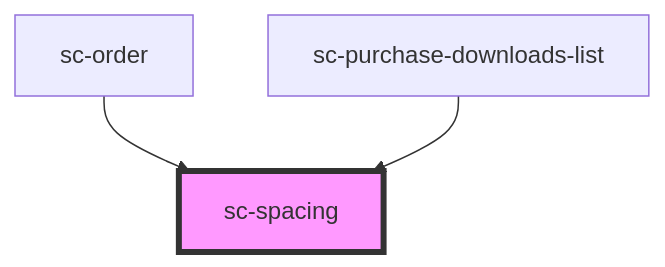
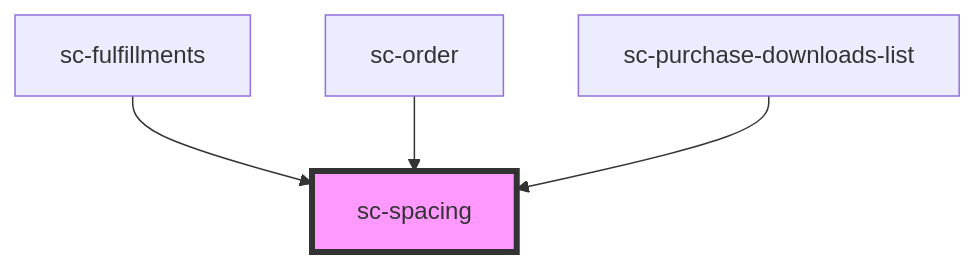
One commit to surecart/surecart-wp-plugin changed the diagram in packages/components/src/components/ui/spacing/readme.md. Above: the diagram before and after it, drawn with Mermaid. The commit also changed other lines of this file and 29 other files, not shown here.

````diff
--- a/packages/components/src/components/ui/spacing/readme.md
+++ b/packages/components/src/components/ui/spacing/readme.md
@@ -16,6 +17,7 @@
 ```mermaid
 graph TD;
+  sc-fulfillments --> sc-spacing
   sc-order --> sc-spacing
   sc-purchase-downloads-list --> sc-spacing
   style sc-spacing fill:#f9f,stroke:#333,stroke-width:4px
 ```
````
